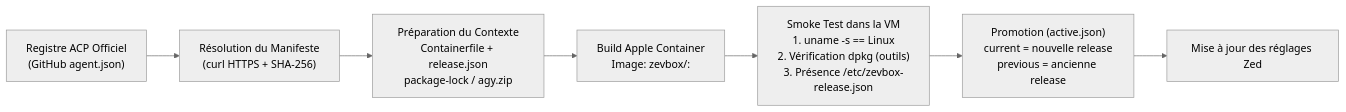
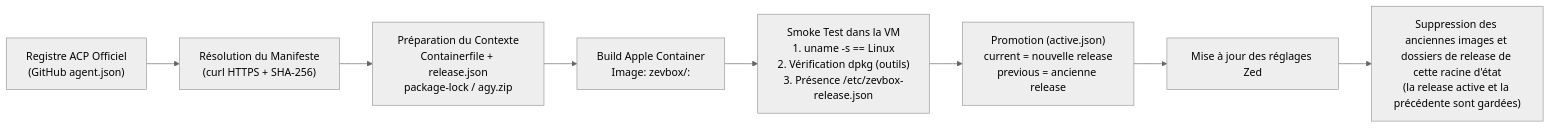
One commit to brainztorm/zevbox changed the sixth of 8 diagrams in docs/fr/ARCHITECTURE.md. Above: the diagram before and after it, drawn with Mermaid (neutral theme). The commit also changed other lines of this file and 12 other files, not shown here.

````diff
--- a/docs/fr/ARCHITECTURE.md
+++ b/docs/fr/ARCHITECTURE.md
@@ -229,9 +235,10 @@
 ```mermaid
 flowchart LR
     Registry["Registre ACP Officiel\n(GitHub agent.json)"] --> Fetch["Résolution du Manifeste\n(curl HTTPS + SHA-256)"]
     Fetch --> Prepare["Préparation du Contexte\nContainerfile + release.json\npackage-lock / agy.zip"]
     Prepare --> Build["Build Apple Container\nImage: zevbox/<agent>:<id>"]
     Build --> Smoke["Smoke Test dans la VM\n1. uname -s == Linux\n2. Vérification dpkg (outils)\n3. Présence /etc/zevbox-release.json"]
     Smoke --> Promote["Promotion (active.json)\ncurrent = nouvelle release\nprevious = ancienne release"]
     Promote --> ZedSync["Mise à jour des réglages Zed"]
+    ZedSync --> Prune["Suppression des anciennes images et dossiers de release de cette racine d'état\n(la release active et la précédente sont gardées)"]
 ```
````
